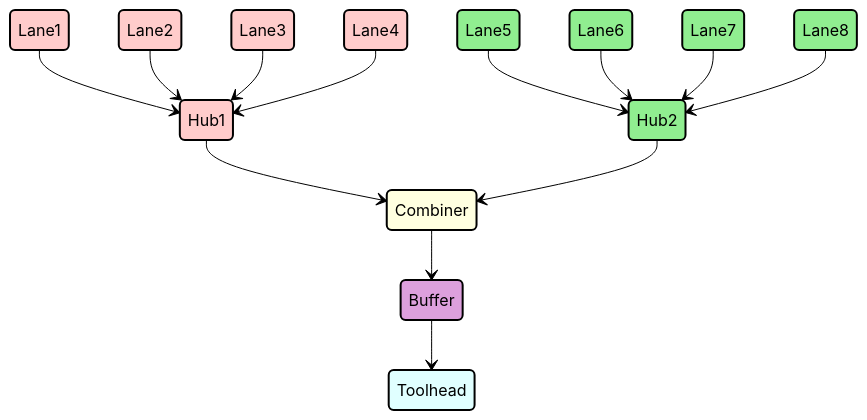
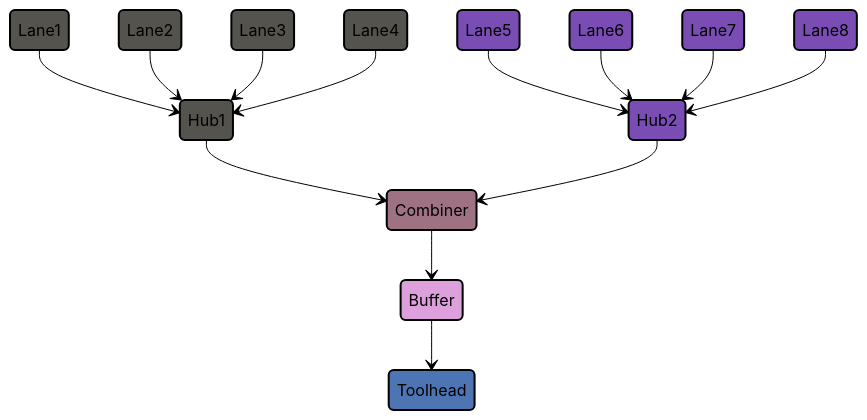
Before and after one commit to ArmoredTurtle/AFC-Klipper-Add-On: the second of 4 diagrams in documentation/configuration/configuration_examples.md, drawn with Mermaid (forest theme). The commit also changed other lines of this file and 3 other files, not shown here.

````diff
--- a/documentation/configuration/configuration_examples.md
+++ b/documentation/configuration/configuration_examples.md
@@ -60,46 +60,46 @@
 ``` mermaid
 stateDiagram-v2
     state "Lane1" as L1
     state "Lane2" as L2
     state "Lane3" as L3
     state "Lane4" as L4
     state "Lane5" as L5
     state "Lane6" as L6
     state "Lane7" as L7
     state "Lane8" as L8
 
     state "Hub1" as H1
     state "Hub2" as H2
     state "Combiner" as C
     state "Buffer" as T
     state "Toolhead" as TH
 
     L1 --> H1
     L2 --> H1
     L3 --> H1
     L4 --> H1
     L5 --> H2
     L6 --> H2
     L7 --> H2
     L8 --> H2
 
     H1 --> C
     H2 --> C
     C --> T
     T --> TH
 
     %% Adding styles for colors and text visibility
-    style L1 fill:#ffcccb,stroke:#000000,stroke-width:2px,color:#000000
-    style L2 fill:#ffcccb,stroke:#000000,stroke-width:2px,color:#000000
-    style L3 fill:#ffcccb,stroke:#000000,stroke-width:2px,color:#000000
-    style L4 fill:#ffcccb,stroke:#000000,stroke-width:2px,color:#000000
-    style L5 fill:#90ee90,stroke:#000000,stroke-width:2px,color:#000000
-    style L6 fill:#90ee90,stroke:#000000,stroke-width:2px,color:#000000
-    style L7 fill:#90ee90,stroke:#000000,stroke-width:2px,color:#000000
-    style L8 fill:#90ee90,stroke:#000000,stroke-width:2px,color:#000000
-    style H1 fill:#ffcccb,stroke:#000000,stroke-width:2px,color:#000000
-    style H2 fill:#90ee90,stroke:#000000,stroke-width:2px,color:#000000
-    style C fill:#ffffe0,stroke:#000000,stroke-width:2px,color:#000000
+    style L1 fill:#54534e,stroke:#000000,stroke-width:2px,color:#000000
+    style L2 fill:#54534e,stroke:#000000,stroke-width:2px,color:#000000
+    style L3 fill:#54534e,stroke:#000000,stroke-width:2px,color:#000000
+    style L4 fill:#54534e,stroke:#000000,stroke-width:2px,color:#000000
+    style L5 fill:#794db3,stroke:#000000,stroke-width:2px,color:#000000
+    style L6 fill:#794db3,stroke:#000000,stroke-width:2px,color:#000000
+    style L7 fill:#794db3,stroke:#000000,stroke-width:2px,color:#000000
+    style L8 fill:#794db3,stroke:#000000,stroke-width:2px,color:#000000
+    style H1 fill:#54534e,stroke:#000000,stroke-width:2px,color:#000000
+    style H2 fill:#794db3,stroke:#000000,stroke-width:2px,color:#000000
+    style C fill:#9e7283,stroke:#000000,stroke-width:2px,color:#000000
     style T fill:#dda0dd,stroke:#000000,stroke-width:2px,color:#000000
-    style TH fill:#e0ffff,stroke:#000000,stroke-width:2px,color:#000000
+    style TH fill:#4d75b3,stroke:#000000,stroke-width:2px,color:#000000
 ```    
````
